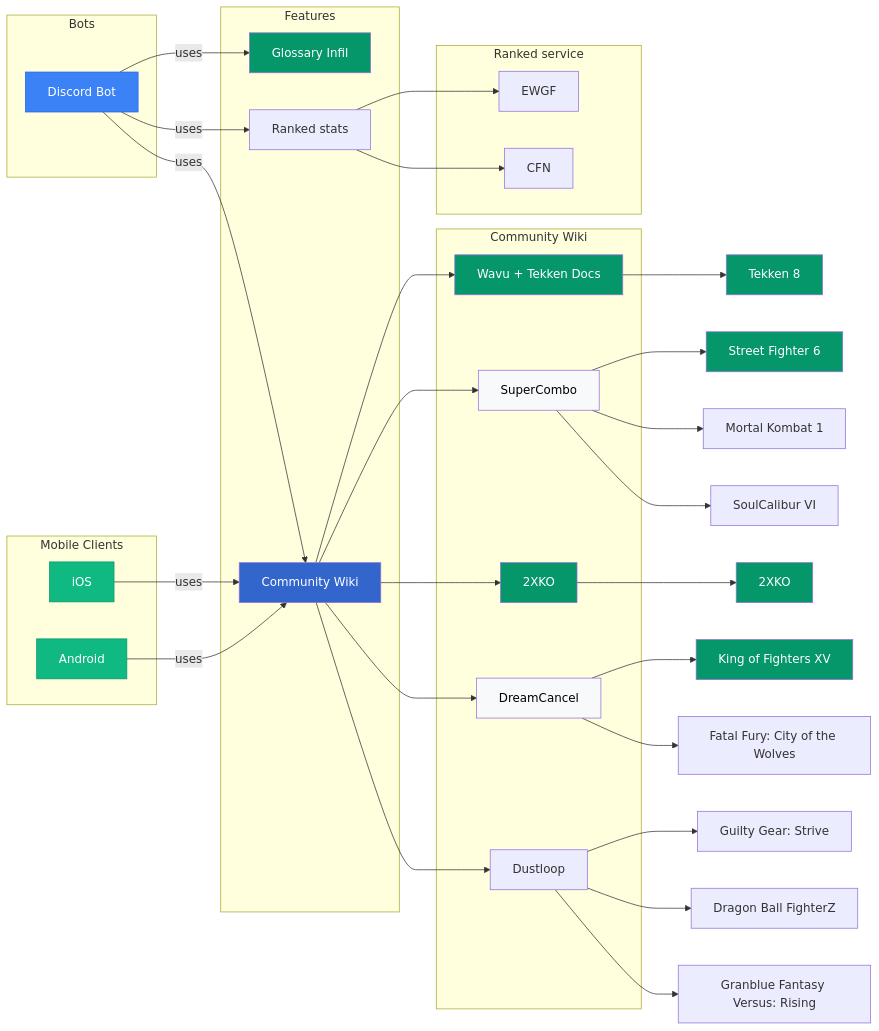
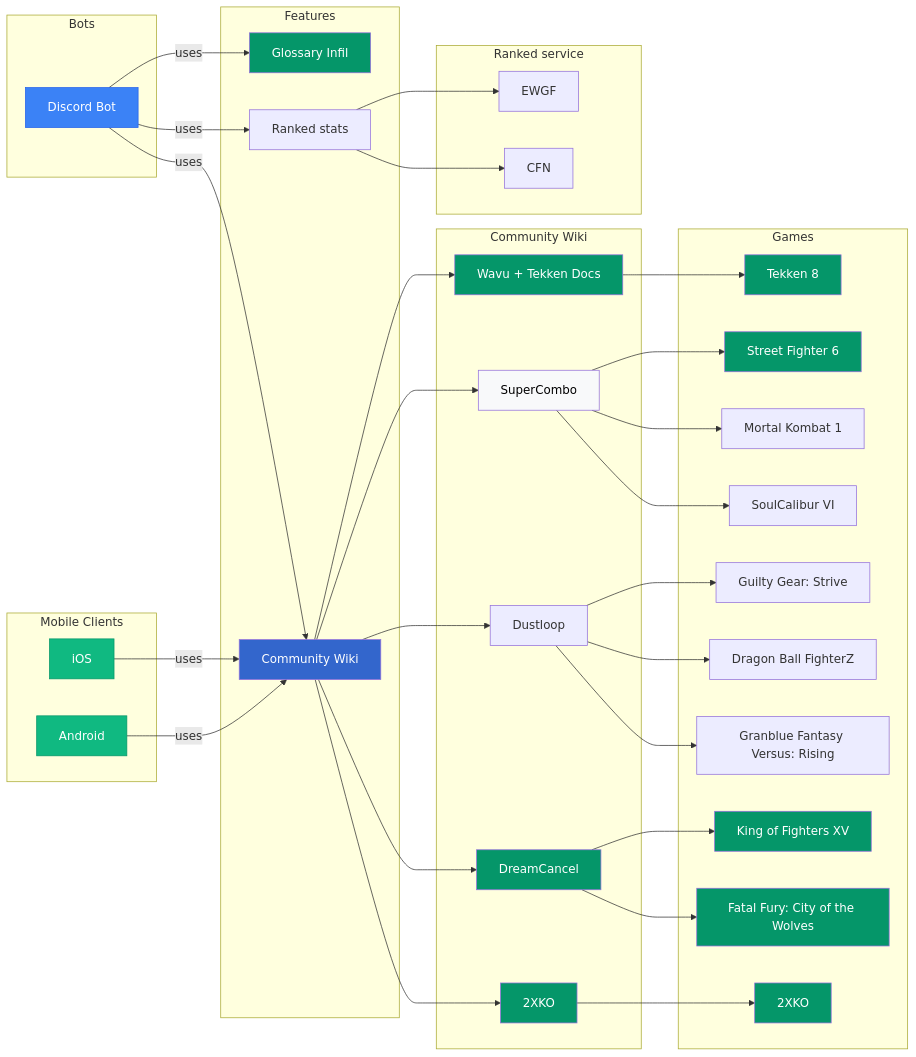
Before and after one commit to Sophon/FightingNerd: the diagram in mermaid/modules.mmd, drawn with Mermaid. The commit also changed 18 other files, not shown here.

```diff
--- a/mermaid/modules.mmd
+++ b/mermaid/modules.mmd
@@ -1,70 +1,84 @@
 graph LR
     subgraph Bots
         discordBot[Discord Bot]
     end
 
     subgraph "Mobile Clients"
         android[Android]
         iOS[iOS]
     end
 
     subgraph Features
         glossaryInfil[Glossary Infil]
         communityWiki[Community Wiki]
         elo[Ranked stats]
     end
 
     subgraph Community Wiki
         wikiWavu[Wavu + Tekken Docs]
         supercombo[SuperCombo]
         2xko[2XKO]
         dustloop[Dustloop]
         dreamcancel[DreamCancel]
     end
 
+    subgraph Games
+        t8[Tekken 8]
+        sf6[Street Fighter 6]
+        mk1[Mortal Kombat 1]
+        sc6[SoulCalibur VI]
+        ggst[Guilty Gear: Strive]
+        dbfz[Dragon Ball FighterZ]
+        gbvsr[Granblue Fantasy Versus: Rising]
+        kof15[King of Fighters XV]
+        cotw[Fatal Fury: City of the Wolves]
+        xko[2XKO]
+    end
+
     subgraph Ranked service
         ewgf[EWGF]
         cfn[CFN]
     end
 
     android -->|uses| communityWiki
     iOS -->|uses| communityWiki
 
     discordBot -->|uses| glossaryInfil
     discordBot -->|uses| communityWiki
     discordBot -->|uses| elo
 
     communityWiki --> wikiWavu
     communityWiki --> supercombo
     communityWiki --> 2xko
     communityWiki --> dreamcancel
     communityWiki --> dustloop
 
     elo --> ewgf
     elo --> cfn
 
-    wikiWavu --> t8[Tekken 8]
-    supercombo --> sf6[Street Fighter 6]
-    supercombo --> mk1[Mortal Kombat 1]
-    supercombo --> sc6[SoulCalibur VI]
-    dustloop --> ggst[Guilty Gear: Strive]
-    dustloop --> dbfz[Dragon Ball FighterZ]
-    dustloop --> gbvsr[Granblue Fantasy Versus: Rising]
-    2xko --> xko[2XKO]
-    dreamcancel --> kof15[King of Fighters XV]
-    dreamcancel --> cotw[Fatal Fury: City of the Wolves]
+    wikiWavu --> t8
+    supercombo --> sf6
+    supercombo --> mk1
+    supercombo --> sc6
+    dustloop --> ggst
+    dustloop --> dbfz
+    dustloop --> gbvsr
+    2xko --> xko
+    dreamcancel --> kof15
+    dreamcancel --> cotw
 
 
     style discordBot fill:#3B82F6,stroke:#2563EB,color:#fff
     style android fill:#10B981,stroke:#059669,color:#fff
     style iOS fill:#10B981,stroke:#059669,color:#fff
     style glossaryInfil fill:#059669,color:#fff
     style communityWiki fill:#3366CC,color:#fff
     style wikiWavu fill:#059669,color:#fff
     style supercombo fill:#F8F9FA,color:#000000
-    style dreamcancel fill:#F8F9FA,color:#000000
+    style dreamcancel fill:#059669, color:#fff
     style 2xko fill:#059669,color:#fff
     style t8 fill:#059669, color:#fff
     style sf6 fill:#059669, color:#fff
     style xko fill:#059669, color:#fff
     style kof15 fill:#059669,color:#fff
+    style cotw fill:#059669,color:#fff
```
